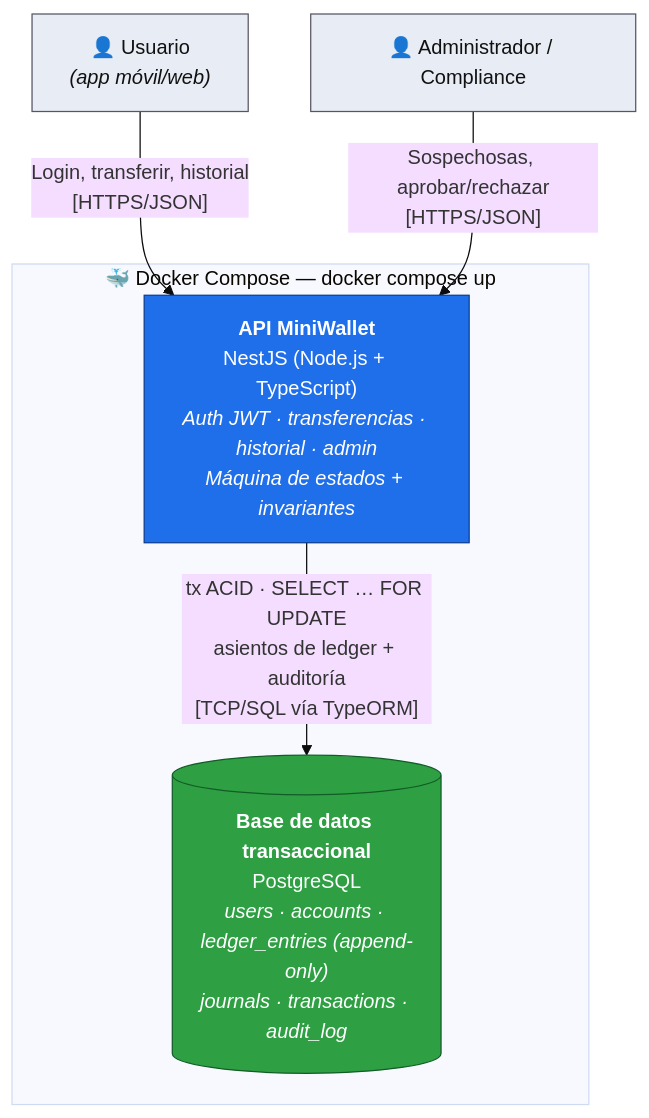
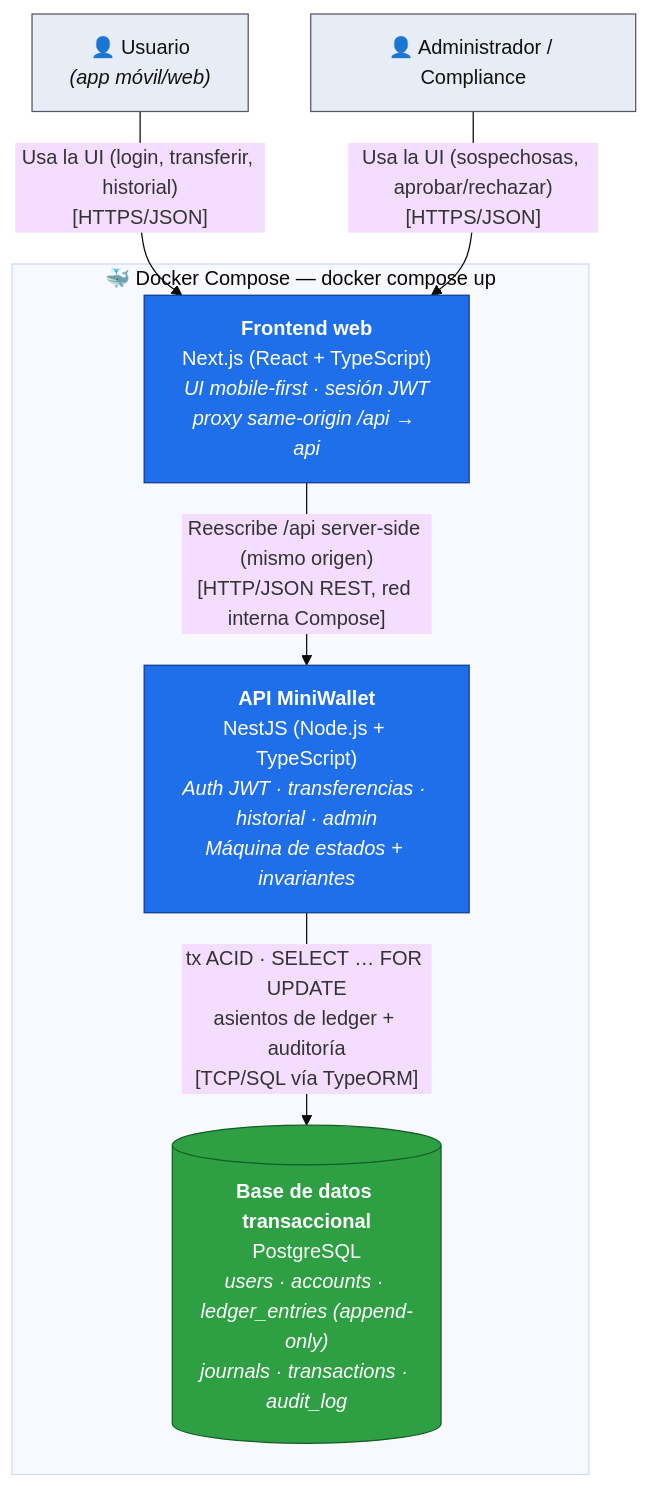
One commit to EstebanBedoya/MiniWallet changed the diagram in docs/DIAGRAMS/containers.md. Above: the diagram before and after it, drawn with Mermaid (base theme). The commit also changed other lines of this file and 4 other files, not shown here.

First line of the commit message:
docs: close ADR-004, add web container to C4 diagrams, fix stale refs

````diff
--- a/docs/DIAGRAMS/containers.md
+++ b/docs/DIAGRAMS/containers.md
@@ -34,21 +42,23 @@
 ```mermaid
 flowchart TB
     user["👤 Usuario<br/><i>(app móvil/web)</i>"]
     admin["👤 Administrador / Compliance"]
 
     subgraph compose["🐳 Docker Compose — docker compose up"]
+        web["<b>Frontend web</b><br/>Next.js (React + TypeScript)<br/><i>UI mobile-first · sesión JWT<br/>proxy same-origin /api → api</i>"]
         api["<b>API MiniWallet</b><br/>NestJS (Node.js + TypeScript)<br/><i>Auth JWT · transferencias · historial · admin<br/>Máquina de estados + invariantes</i>"]
         db[("<b>Base de datos transaccional</b><br/>PostgreSQL<br/><i>users · accounts · ledger_entries (append-only)<br/>journals · transactions · audit_log</i>")]
     end
 
-    user -- "Login, transferir, historial<br/>[HTTPS/JSON]" --> api
-    admin -- "Sospechosas, aprobar/rechazar<br/>[HTTPS/JSON]" --> api
+    user -- "Usa la UI (login, transferir, historial)<br/>[HTTPS/JSON]" --> web
+    admin -- "Usa la UI (sospechosas, aprobar/rechazar)<br/>[HTTPS/JSON]" --> web
+    web -- "Reescribe /api server-side (mismo origen)<br/>[HTTP/JSON REST, red interna Compose]" --> api
     api -- "tx ACID · SELECT … FOR UPDATE<br/>asientos de ledger + auditoría<br/>[TCP/SQL vía TypeORM]" --> db
 
     classDef svc fill:#1f6feb,stroke:#0b3d91,color:#fff;
     classDef store fill:#2ea043,stroke:#125c26,color:#fff;
     classDef actor fill:#e8edf5,stroke:#556,color:#111;
-    class api svc;
+    class web,api svc;
     class db store;
     class user,admin actor;
 ```
````
